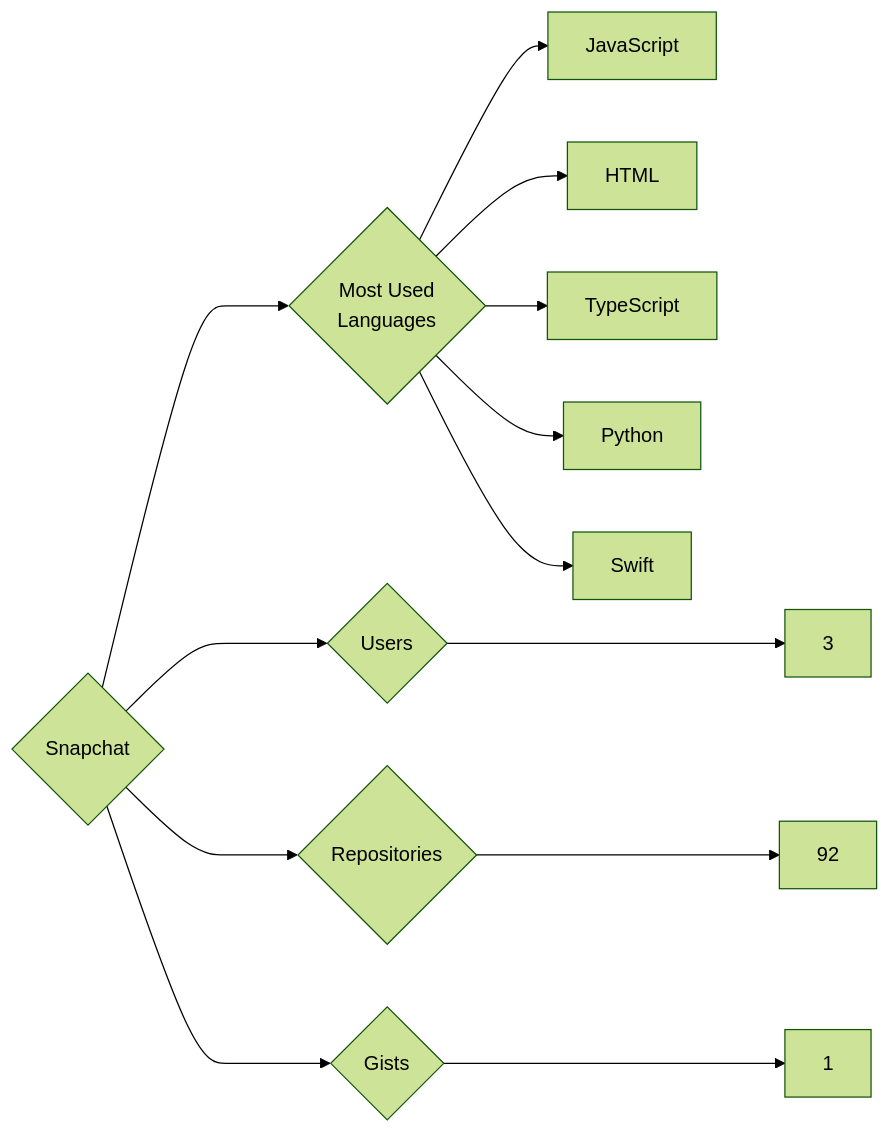
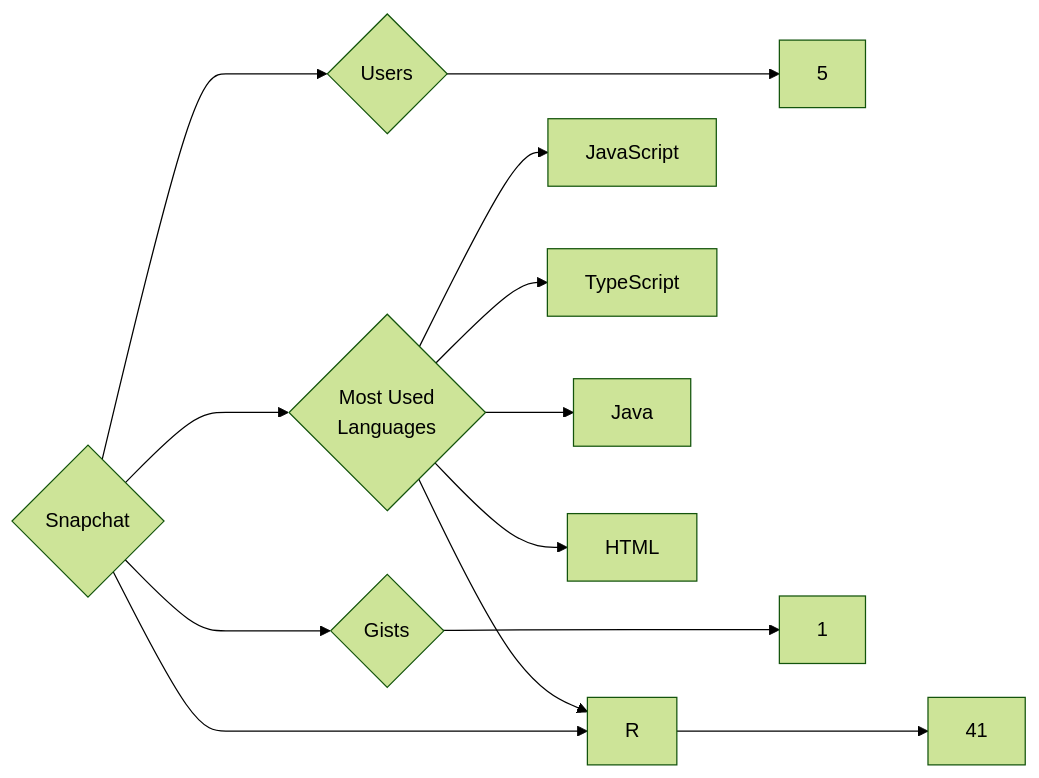
One commit to trickest/insiders changed the diagram in targets/Snapchat/README.md. Above: the diagram before and after it, drawn with Mermaid (forest theme). The commit also changed 1389 other files, not shown here.

````diff
--- a/targets/Snapchat/README.md
+++ b/targets/Snapchat/README.md
@@ -3,13 +3,13 @@
 ```mermaid
 graph LR
 COMPANY_NAME{Snapchat}
-COMPANY_NAME ---> U{Users} ---> UN[3]
-COMPANY_NAME ---> R{Repositories} ---> RN[92]
+COMPANY_NAME ---> U{Users} ---> UN[5]
+COMPANY_NAME ---> R{Repositories} ---> RN[41]
 COMPANY_NAME ---> G{Gists} ---> GN[1]
 COMPANY_NAME ---> ML{Most Used<br>Languages}
 ML --> JavaScript[JavaScript]
+ML --> R[R]
+ML --> TypeScript[TypeScript]
+ML --> Java[Java]
 ML --> HTML[HTML]
-ML --> TypeScript[TypeScript]
-ML --> Python[Python]
-ML --> Swift[Swift]
 ```
````
